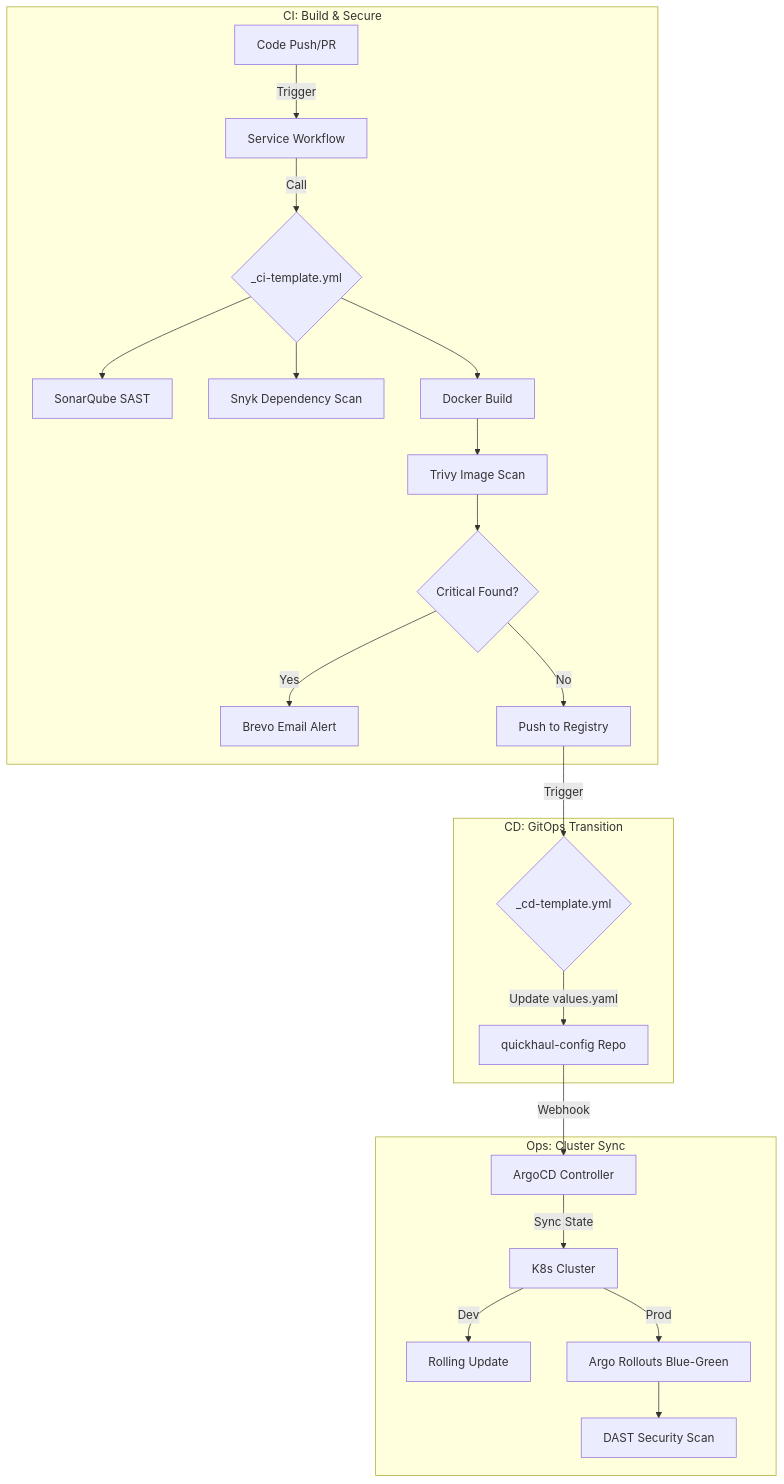
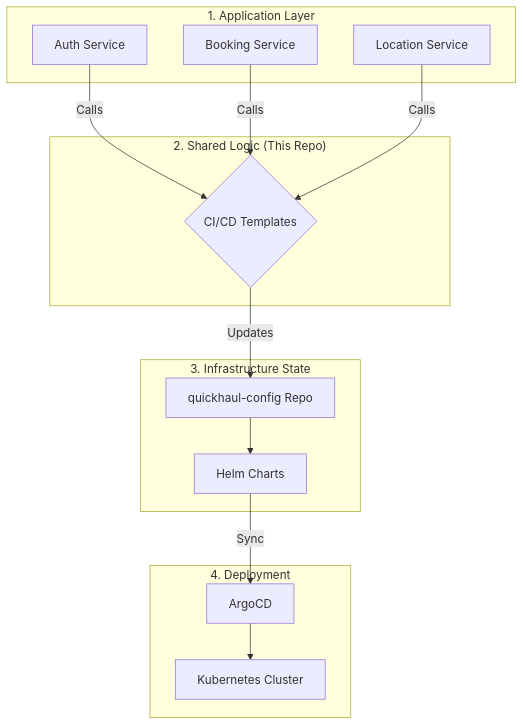
Before and after one commit to QuickHaulTransits/quickhaul-templates: the diagram in README.md, drawn with Mermaid. The commit also changed other lines of this file and 1 other file, not shown here.

Commit message:
docs: update README documentation and add project banner image

````diff
--- a/README.md
+++ b/README.md
@@ -22,27 +23,28 @@
 ```mermaid
 graph TD
-    subgraph "CI: Build & Secure"
-        A[Code Push/PR] -->|Trigger| B[Service Workflow]
-        B -->|Call| C{_ci-template.yml}
-        C --> D[SonarQube SAST]
-        C --> E[Snyk Dependency Scan]
-        C --> F[Docker Build]
-        F --> G[Trivy Image Scan]
-        G --> H{Critical Found?}
-        H -->|Yes| I[Brevo Email Alert]
-        H -->|No| J[Push to Registry]
+    subgraph "1. Application Layer"
+        A[Auth Service]
+        B[Booking Service]
+        C[Location Service]
     end
 
-    subgraph "CD: GitOps Transition"
-        J -->|Trigger| K{_cd-template.yml}
-        K -->|Update values.yaml| L[quickhaul-config Repo]
+    subgraph "2. Shared Logic (This Repo)"
+        D{CI/CD Templates}
     end
 
-    subgraph "Ops: Cluster Sync"
-        L -->|Webhook| M[ArgoCD Controller]
-        M -->|Sync State| N[K8s Cluster]
-        N -->|Dev| O[Rolling Update]
-        N -->|Prod| P[Argo Rollouts Blue-Green]
-        P --> Q[DAST Security Scan]
+    subgraph "3. Infrastructure State"
+        E[quickhaul-config Repo]
+        F[Helm Charts]
     end
+
+    subgraph "4. Deployment"
+        G[ArgoCD]
+        H[Kubernetes Cluster]
+    end
+
+    A & B & C -->|Calls| D
+    D -->|Updates| E
+    E --> F
+    F -->|Sync| G
+    G --> H
 ```
````
